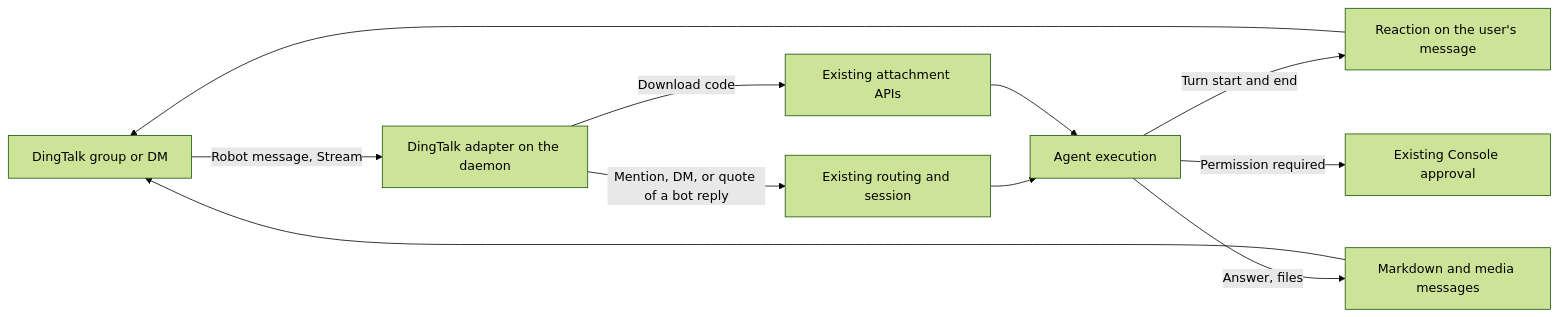
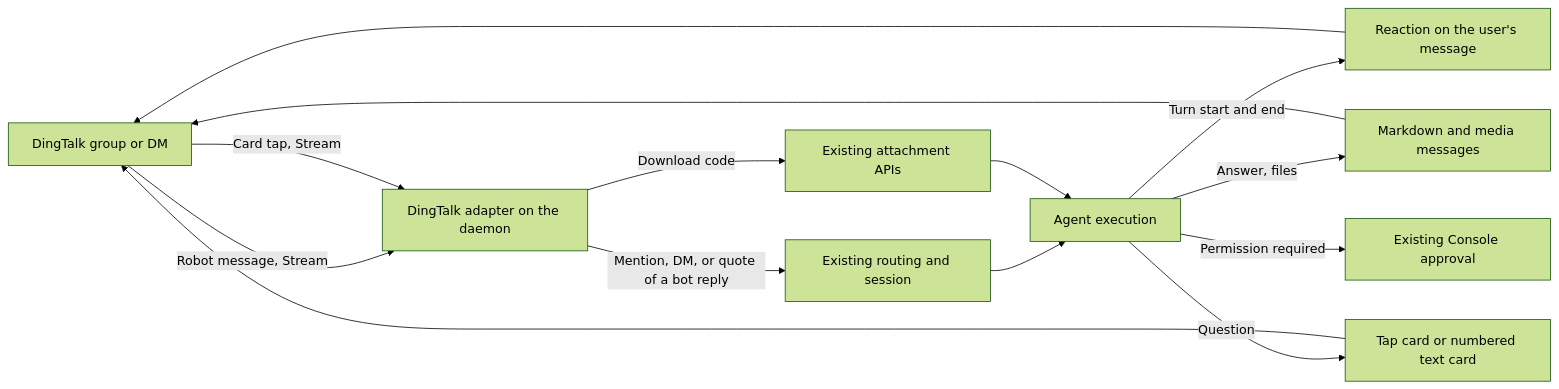
Before and after one commit to agentconnect-md/agentconnect: the diagram in docs/designs/dingtalk-integration.md, drawn with Mermaid (forest theme). The commit also changed other lines of this file and 11 other files, not shown here.

````diff
--- a/docs/designs/dingtalk-integration.md
+++ b/docs/designs/dingtalk-integration.md
@@ -69,13 +70,16 @@
 ```mermaid
 flowchart LR
     G[DingTalk group or DM] -->|Robot message, Stream| X[DingTalk adapter on the daemon]
     X -->|Mention, DM, or quote of a bot reply| R[Existing routing and session]
     R --> A[Agent execution]
     X -->|Download code| F[Existing attachment APIs]
     F --> A
     A -->|Turn start and end| C[Reaction on the user's message]
     A -->|Answer, files| M[Markdown and media messages]
+    A -->|Question| Q[Tap card or numbered text card]
     C --> G
     M --> G
+    Q --> G
+    G -->|Card tap, Stream| X
     A -->|Permission required| P[Existing Console approval]
 ```
````
